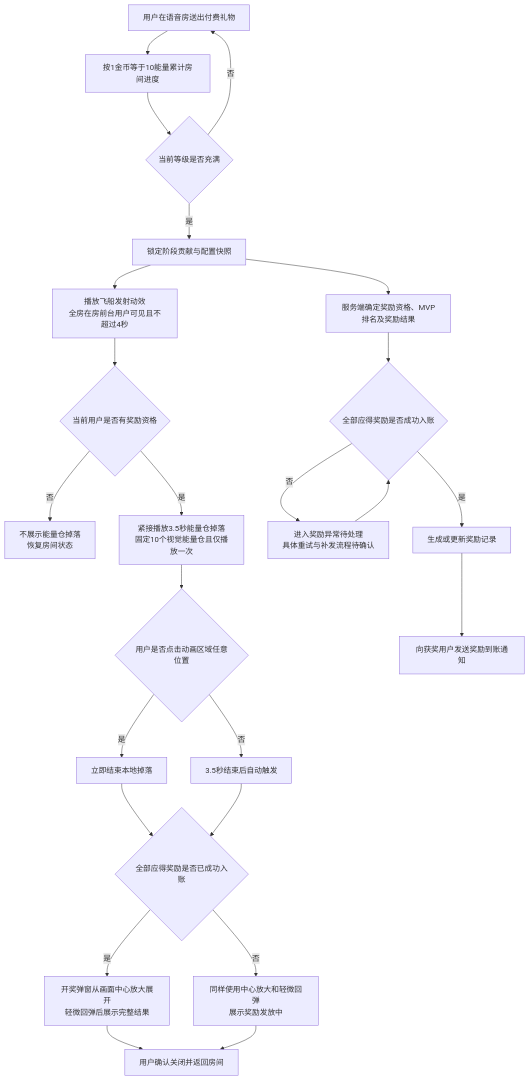
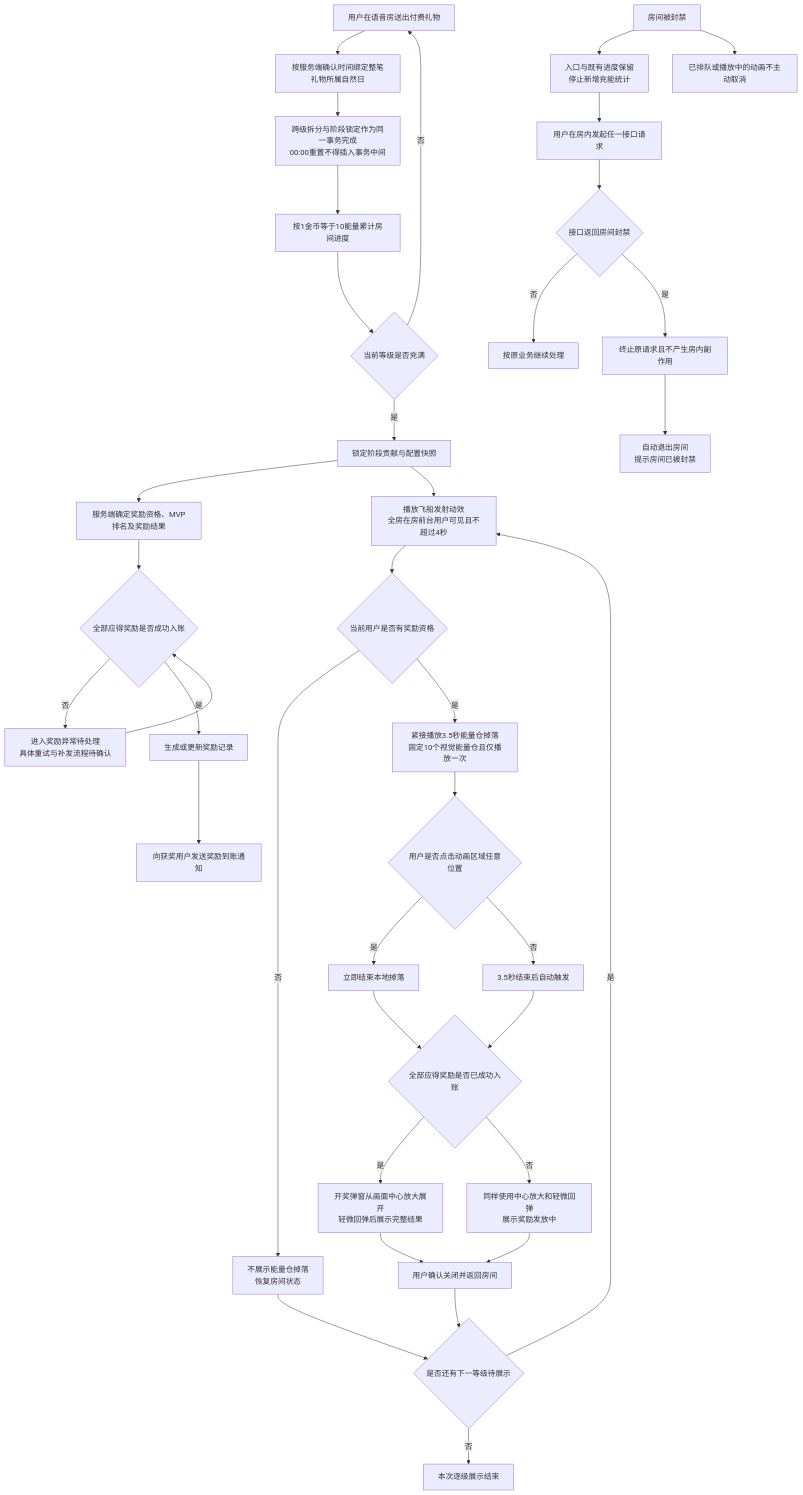
Before and after one commit to Chawucikela/TOP-KHALIJ: the diagram in 星际飞船/房间飞船挑战-简易业务流程图.mmd, drawn with Mermaid. The commit also changed 3 other files, not shown here.

````diff
--- a/星际飞船/房间飞船挑战-简易业务流程图.mmd
+++ b/星际飞船/房间飞船挑战-简易业务流程图.mmd
@@ -1,26 +1,40 @@
 ```mermaid
 flowchart TD
-    A[用户在语音房送出付费礼物] --> B[按1金币等于10能量累计房间进度]
+    A[用户在语音房送出付费礼物] --> A1[按服务端确认时间绑定整笔礼物所属自然日]
+    A1 --> A2[跨级拆分与阶段锁定作为同一事务完成<br/>00:00重置不得插入事务中间]
+    A2 --> B[按1金币等于10能量累计房间进度]
     B --> C{当前等级是否充满}
     C -- 否 --> A
     C -- 是 --> D[锁定阶段贡献与配置快照]
     D --> E[服务端确定奖励资格、MVP排名及奖励结果]
     D --> F[播放飞船发射动效<br/>全房在房前台用户可见且不超过4秒]
     F --> G{当前用户是否有奖励资格}
     G -- 否 --> H[不展示能量仓掉落<br/>恢复房间状态]
     G -- 是 --> I[紧接播放3.5秒能量仓掉落<br/>固定10个视觉能量仓且仅播放一次]
     I --> J{用户是否点击动画区域任意位置}
     J -- 是 --> K[立即结束本地掉落]
     J -- 否 --> L[3.5秒结束后自动触发]
     K --> M{全部应得奖励是否已成功入账}
     L --> M
     M -- 是 --> N[开奖弹窗从画面中心放大展开<br/>轻微回弹后展示完整结果]
     M -- 否 --> O[同样使用中心放大和轻微回弹<br/>展示奖励发放中]
     N --> P[用户确认关闭并返回房间]
     O --> P
+    P --> P2{是否还有下一等级待展示}
+    H --> P2
+    P2 -- 是 --> F
+    P2 -- 否 --> P3[本次逐级展示结束]
     E --> Q{全部应得奖励是否成功入账}
     Q -- 否 --> R[进入奖励异常待处理<br/>具体重试与补发流程待确认]
     R --> Q
     Q -- 是 --> S[生成或更新奖励记录]
     S --> T[向获奖用户发送奖励到账通知]
+
+    U[房间被封禁] --> U1[入口与既有进度保留<br/>停止新增充能统计]
+    U --> U2[已排队或播放中的动画不主动取消]
+    U1 --> U3[用户在房内发起任一接口请求]
+    U3 --> U4{接口返回房间封禁}
+    U4 -- 否 --> U5[按原业务继续处理]
+    U4 -- 是 --> U6[终止原请求且不产生房内副作用]
+    U6 --> U7[自动退出房间<br/>提示房间已被封禁]
 ```
````
